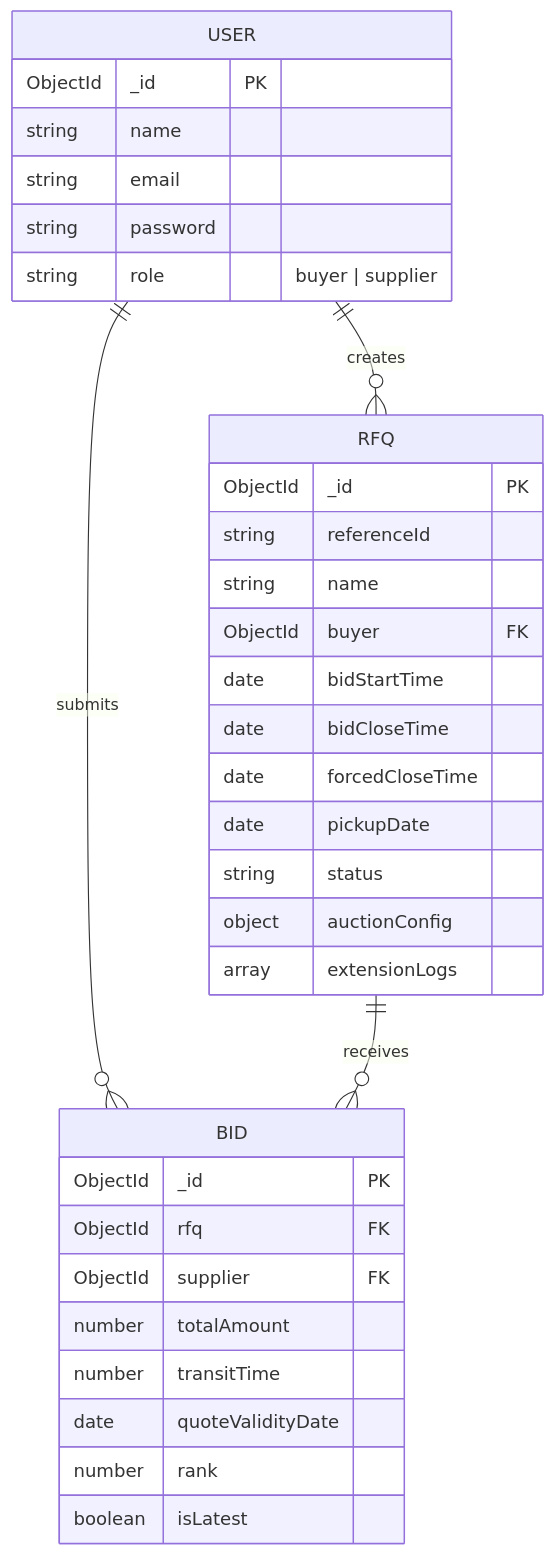
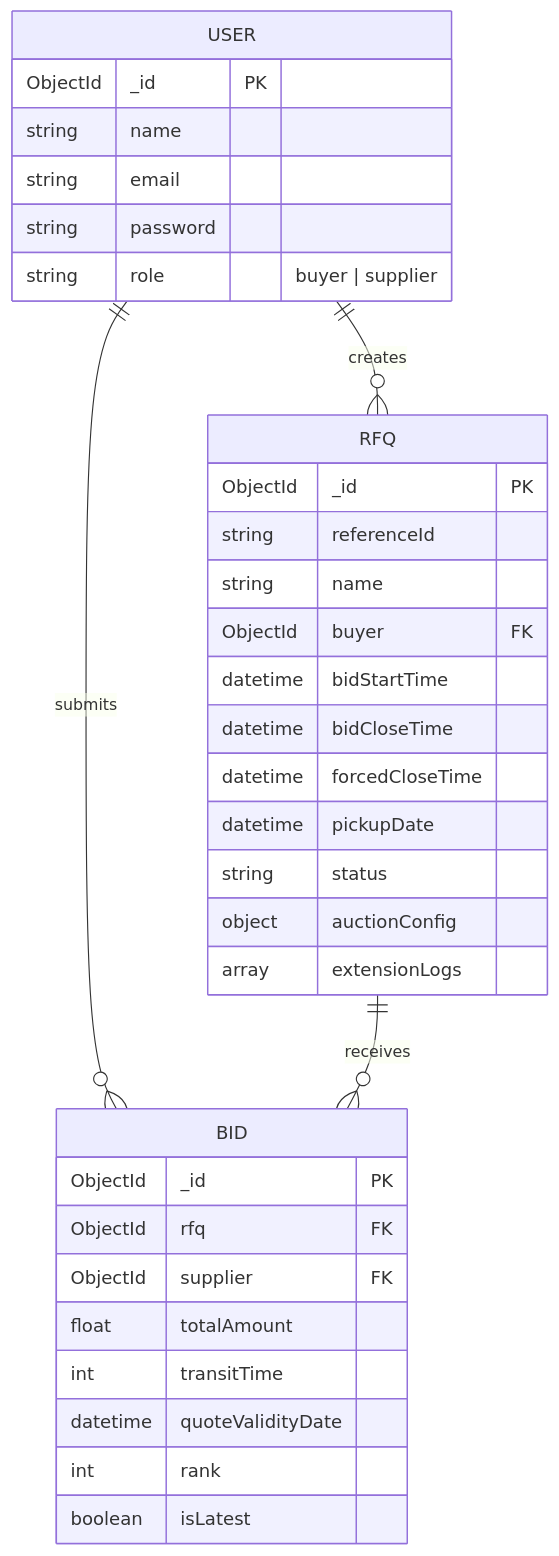
The fourth of 4 diagrams in docs/HLD.md (aryanitt/AuctionX), drawn with Mermaid before and after one commit. The commit also changed other lines of this file and 5963 other files, not shown here.

````diff
--- a/docs/HLD.md
+++ b/docs/HLD.md
@@ -71,39 +117,39 @@
 ```mermaid
 erDiagram
     USER {
         ObjectId _id PK
         string name
         string email
         string password
         string role "buyer | supplier"
     }
-    
+
     RFQ {
         ObjectId _id PK
         string referenceId
         string name
         ObjectId buyer FK
-        date bidStartTime
-        date bidCloseTime
-        date forcedCloseTime
-        date pickupDate
+        datetime bidStartTime
+        datetime bidCloseTime
+        datetime forcedCloseTime
+        datetime pickupDate
         string status
         object auctionConfig
         array extensionLogs
     }
 
     BID {
         ObjectId _id PK
         ObjectId rfq FK
         ObjectId supplier FK
-        number totalAmount
-        number transitTime
-        date quoteValidityDate
-        number rank
+        float totalAmount
+        int transitTime
+        datetime quoteValidityDate
+        int rank
         boolean isLatest
     }
 
     USER ||--o{ RFQ : creates
     USER ||--o{ BID : submits
     RFQ ||--o{ BID : receives
 ```
````
